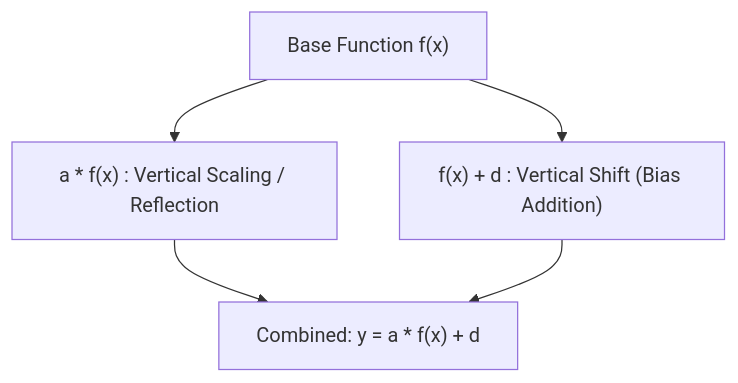
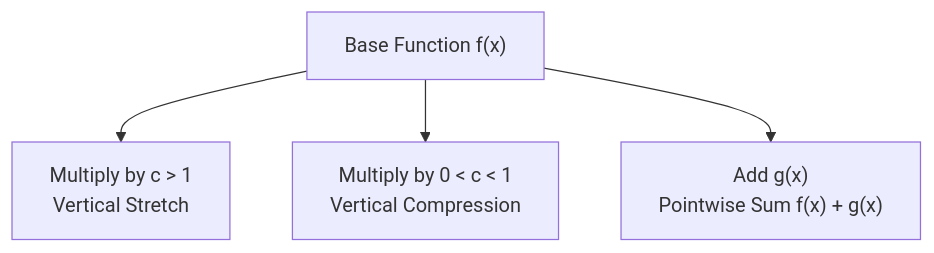
The diagram in lecture_22/Notes_22.04/README.md (S1h2i3v4a/AI_ML), drawn with Mermaid before and after one commit. The commit also changed other lines of this file and 156 other files, not shown here.

Commit message:
docs(lectures 22-24): align notes with video lectures, add blackboard diagrams, clean structured functions, and compile vector PDFs

````diff
--- a/lecture_22/Notes_22.04/README.md
+++ b/lecture_22/Notes_22.04/README.md
@@ -48,7 +23,6 @@
 ```mermaid
-graph TD
-    A["Base Function f(x)"] --> B["a * f(x) : Vertical Scaling / Reflection"]
-    A --> C["f(x) + d : Vertical Shift (Bias Addition)"]
-    B --> D["Combined: y = a * f(x) + d"]
-    C --> D
+flowchart TD
+    F["Base Function f(x)"] --> Scale["Multiply by c > 1<br/>Vertical Stretch"]
+    F --> Compress["Multiply by 0 < c < 1<br/>Vertical Compression"]
+    F --> Add["Add g(x)<br/>Pointwise Sum f(x) + g(x)"]
 ```
````
